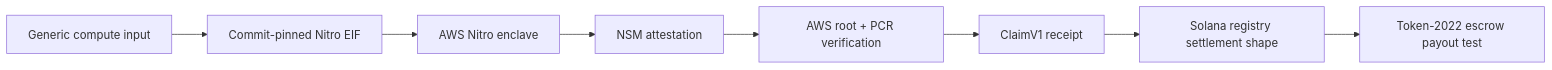
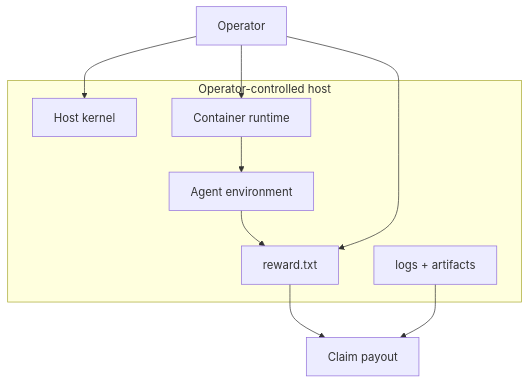
One commit to arakoodev/SolRL changed the fourth of 13 diagrams in why.md. Above: the diagram before and after it, drawn with Mermaid. The commit also changed other lines of this file and 1 other file, not shown here.

````diff
--- a/why.md
+++ b/why.md
@@ -41,10 +93,18 @@
 ```mermaid
-flowchart LR
-    A["Generic compute input"] --> B["Commit-pinned Nitro EIF"]
-    B --> C["AWS Nitro enclave"]
-    C --> D["NSM attestation"]
-    D --> E["AWS root + PCR verification"]
-    E --> F["ClaimV1 receipt"]
-    F --> G["Solana registry settlement shape"]
-    G --> H["Token-2022 escrow payout test"]
+flowchart TB
+    subgraph host["Operator-controlled host"]
+        Kernel["Host kernel"]
+        Runtime["Container runtime"]
+        Env["Agent environment"]
+        RewardFile["reward.txt"]
+        Logs["logs + artifacts"]
+    end
+
+    Operator["Operator"] --> Kernel
+    Operator --> Runtime
+    Runtime --> Env
+    Env --> RewardFile
+    Operator --> RewardFile
+    RewardFile --> Claim["Claim payout"]
+    Logs --> Claim
 ```
````
